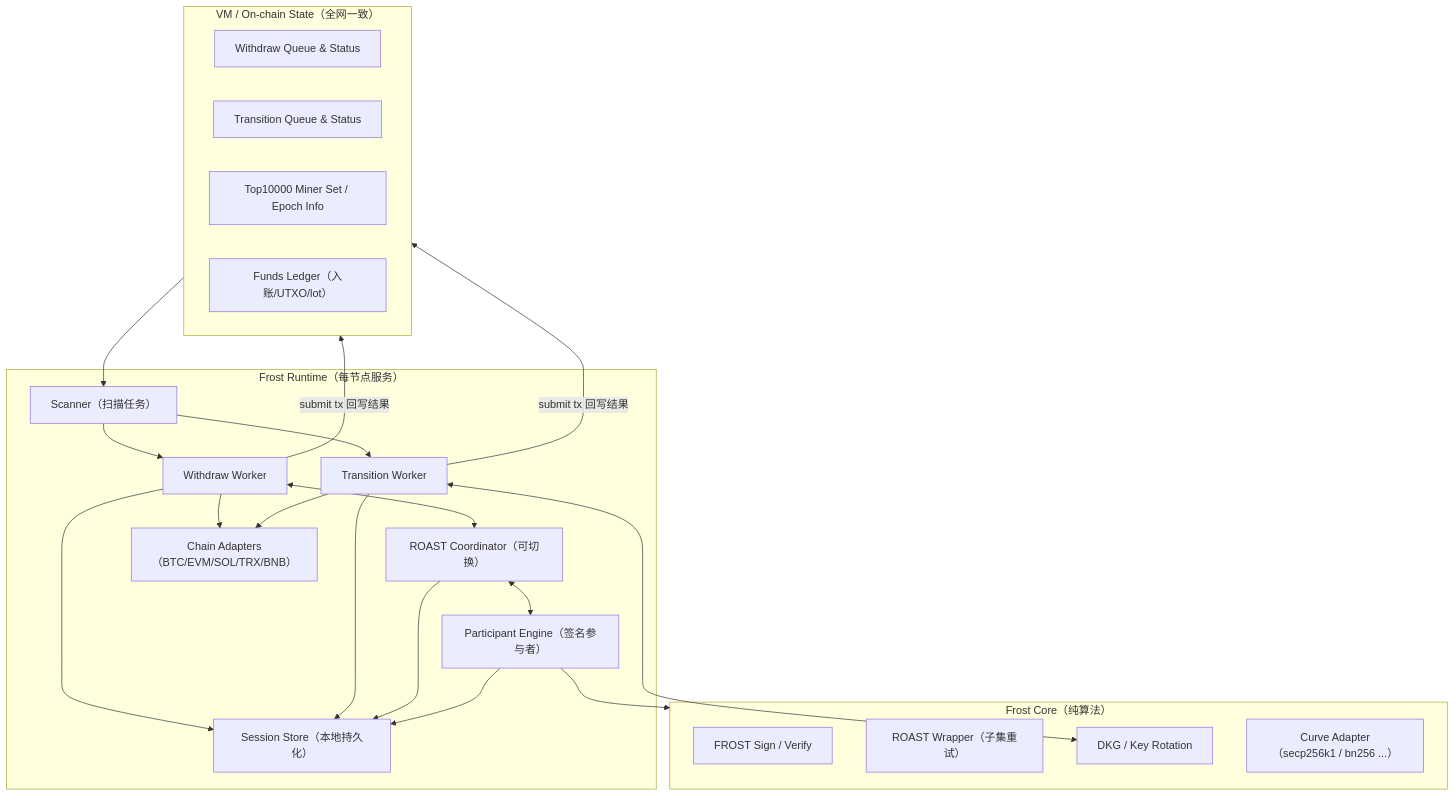
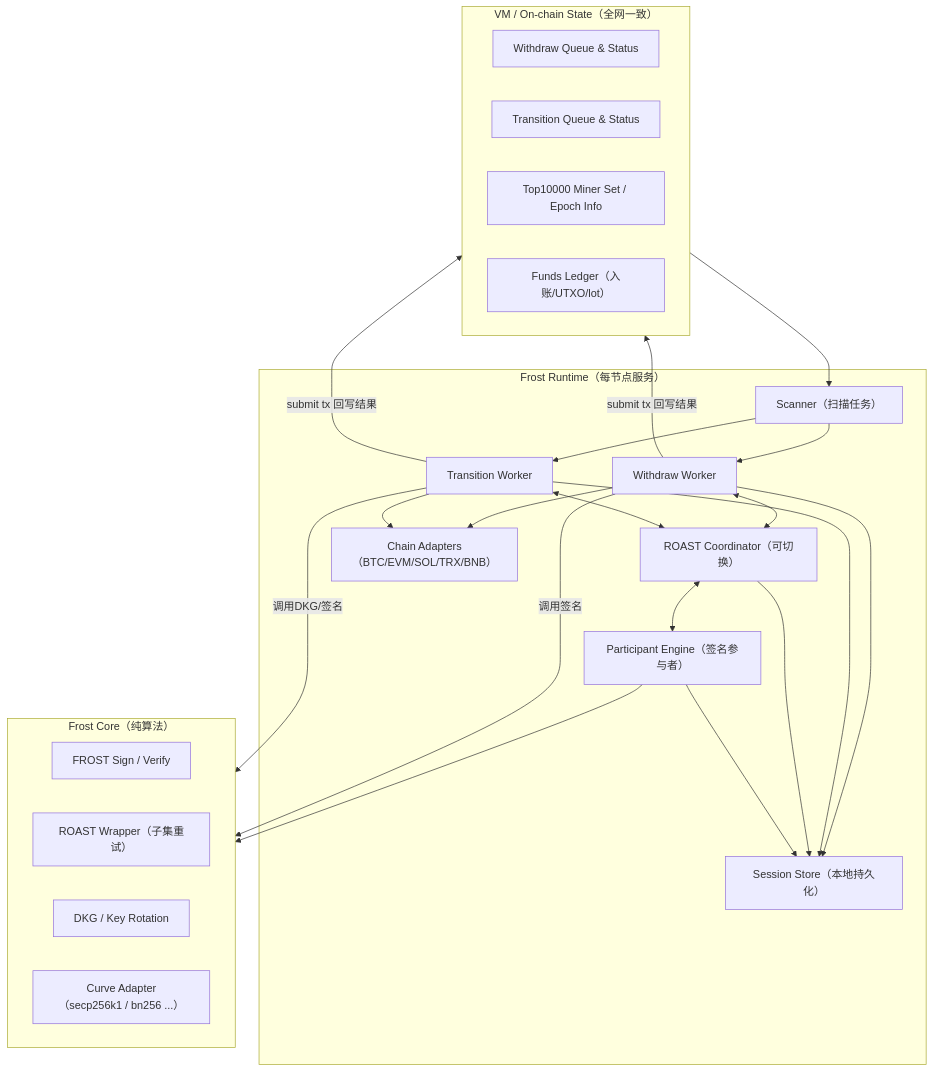
The first of 4 diagrams in frost/design_v2.md (davidLeeeeeeeeeeee/dex), drawn with Mermaid before and after one commit. The commit also changed other lines of this file and 2 other files, not shown here.

````diff
--- a/frost/design_v2.md
+++ b/frost/design_v2.md
@@ -63,45 +63,48 @@
 ```mermaid
 flowchart TB
   subgraph VM["VM / On-chain State（全网一致）"]
     QW["Withdraw Queue & Status"]
     QT["Transition Queue & Status"]
     MS["Top10000 Miner Set / Epoch Info"]
     FD["Funds Ledger（入账/UTXO/lot）"]
   end
 
   subgraph RT["Frost Runtime（每节点服务）"]
     SC["Scanner（扫描任务）"]
     WM["Withdraw Worker"]
     TM["Transition Worker"]
     SS["Session Store（本地持久化）"]
     RO["ROAST Coordinator（可切换）"]
     PA["Participant Engine（签名参与者）"]
     CA["Chain Adapters（BTC/EVM/SOL/TRX/BNB）"]
   end
 
   subgraph CORE["Frost Core（纯算法）"]
     FROST["FROST Sign / Verify"]
     ROAST["ROAST Wrapper（子集重试）"]
     DKG["DKG / Key Rotation"]
     CURVE["Curve Adapter（secp256k1 / bn256 ...）"]
   end
 
   VM --> SC
   SC --> WM
   SC --> TM
 
   WM <--> RO
-  TM <--> DKG
+  TM <--> RO
   RO <--> PA
   PA --> CORE
   WM --> CA
   TM --> CA
+
+  WM -->|"调用签名"| CORE
+  TM -->|"调用DKG/签名"| CORE
 
   WM -->|"submit tx 回写结果"| VM
   TM -->|"submit tx 回写结果"| VM
 
   WM --> SS
   TM --> SS
   RO --> SS
   PA --> SS
 ```
````
